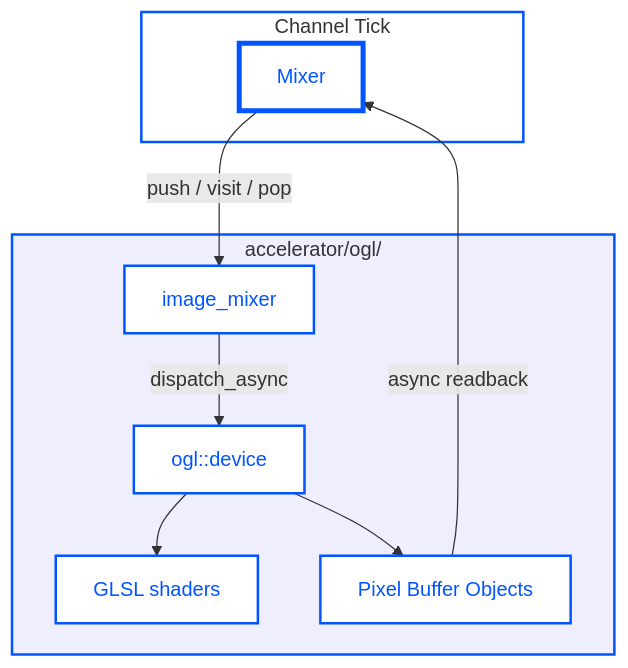
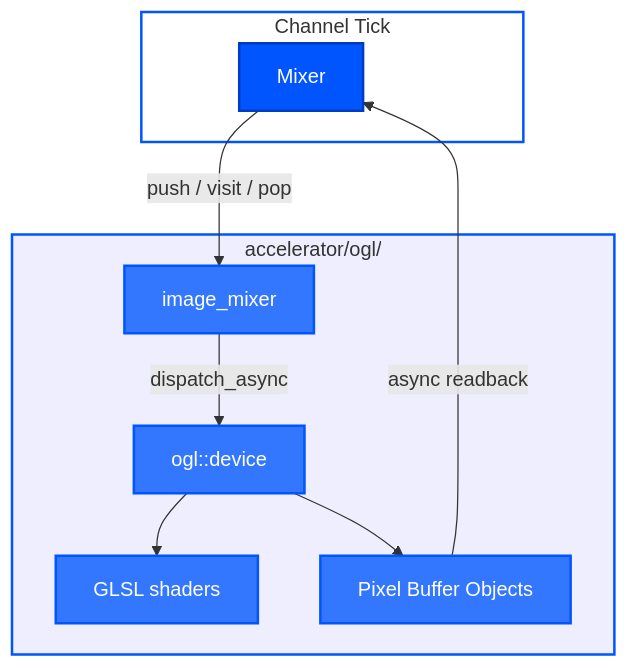
Before and after one commit to den-frie-vilje/casparCG: the sixth of 10 diagrams in docs/architecture.md, drawn with Mermaid. The commit also changed other lines of this file, not shown here.

Commit message:
docs: use solid fills in all diagrams

````diff
--- a/docs/architecture.md
+++ b/docs/architecture.md
@@ -367,27 +367,27 @@
 ```mermaid
 flowchart TB
-    classDef coreNode fill:#FFF,color:#0055FF,stroke:#0055FF,stroke-width:4px
-    classDef gpuNode fill:#FFF,color:#0055FF,stroke:#0055FF,stroke-width:2px
+    classDef coreNode fill:#0055FF,color:#FFF,stroke:#003CC0,stroke-width:2px
+    classDef gpuNode fill:#3377FF,color:#FFF,stroke:#0055FF,stroke-width:2px
     classDef sgCore stroke:#0055FF,fill:#FFF,stroke-width:2px
     classDef sgGpu stroke:#0055FF,fill:#EEF,stroke-width:2px
 
     subgraph Channel["Channel Tick"]
         MIX[Mixer]:::coreNode
     end
 
     subgraph Accelerator["accelerator/ogl/"]
         IM[image_mixer]:::gpuNode
         DEV[ogl::device]:::gpuNode
         SHADER[GLSL shaders]:::gpuNode
         PBO[Pixel Buffer Objects]:::gpuNode
     end
 
     MIX -->|"push / visit / pop"| IM
     IM -->|dispatch_async| DEV
     DEV --> SHADER
     DEV --> PBO
     PBO -->|async readback| MIX
 
     class Channel sgCore
     class Accelerator sgGpu
 ```
````
